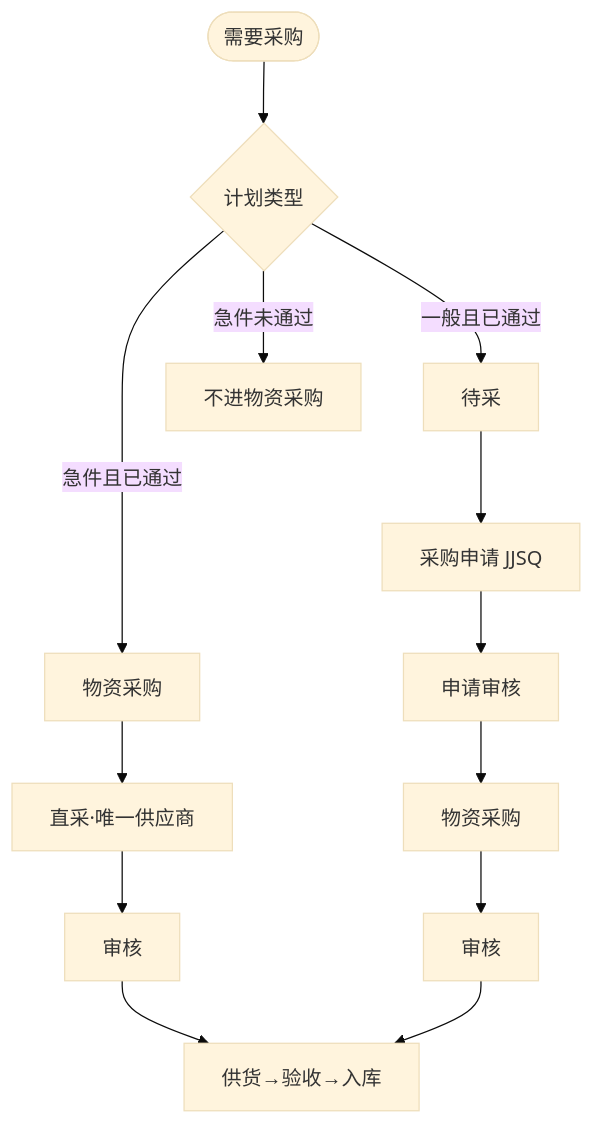
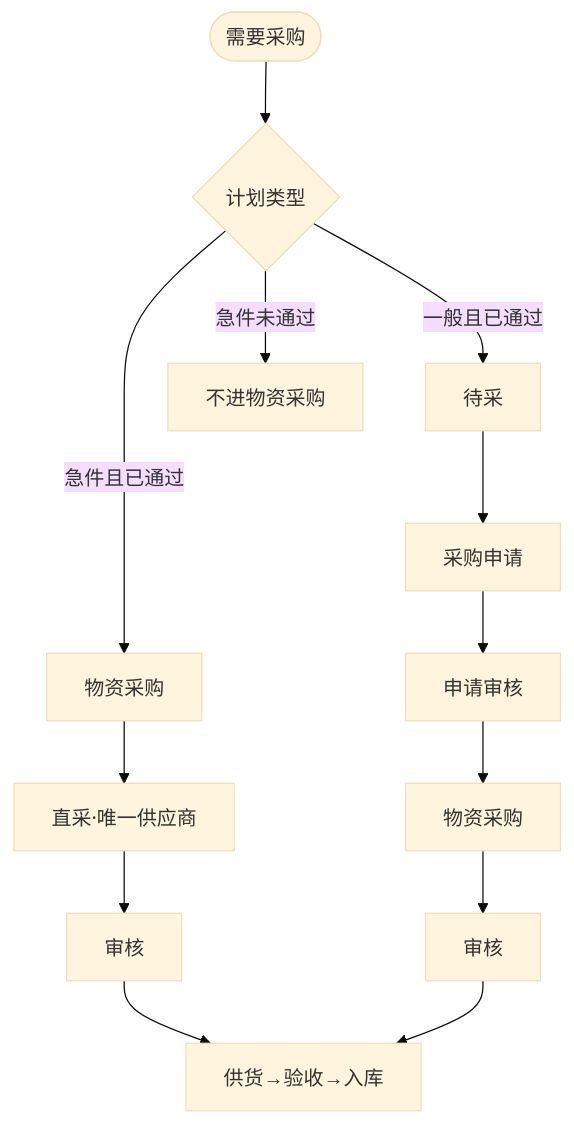
The sixth of 6 diagrams in docs/versions/v1.0.1/prd.md (liaoliao66/wms), drawn with Mermaid (base theme) before and after one commit. The commit also changed other lines of this file and 1 other file, not shown here.

First line of the commit message:
docs(v1.0.1): replace JJSQ with 采购申请 and make material spec optional

````diff
--- a/docs/versions/v1.0.1/prd.md
+++ b/docs/versions/v1.0.1/prd.md
@@ -522,9 +526,9 @@
 ```mermaid
 flowchart TB
   Need([需要采购]) --> Q{计划类型}
   Q -->|急件且已通过| A[物资采购]
   A --> A1[直采·唯一供应商] --> A2[审核] --> Z[供货→验收→入库]
   Q -->|一般且已通过| B[待采]
-  B --> B1[采购申请 JJSQ] --> B2[申请审核] --> B3[物资采购] --> B4[审核] --> Z
+  B --> B1[采购申请] --> B2[申请审核] --> B3[物资采购] --> B4[审核] --> Z
   Q -->|急件未通过| N[不进物资采购]
 ```
````
